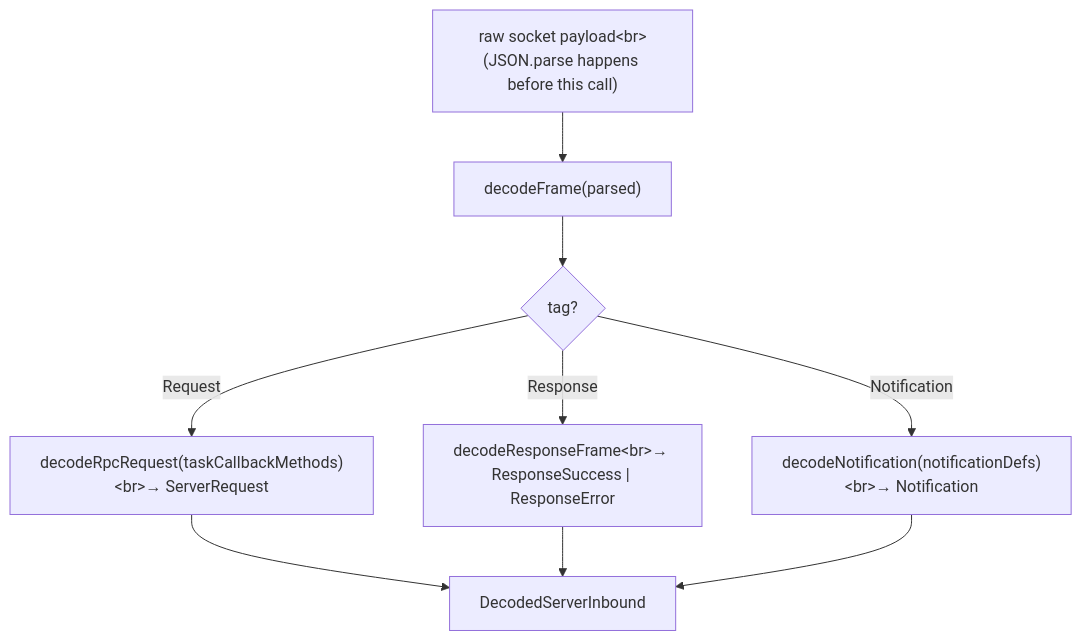
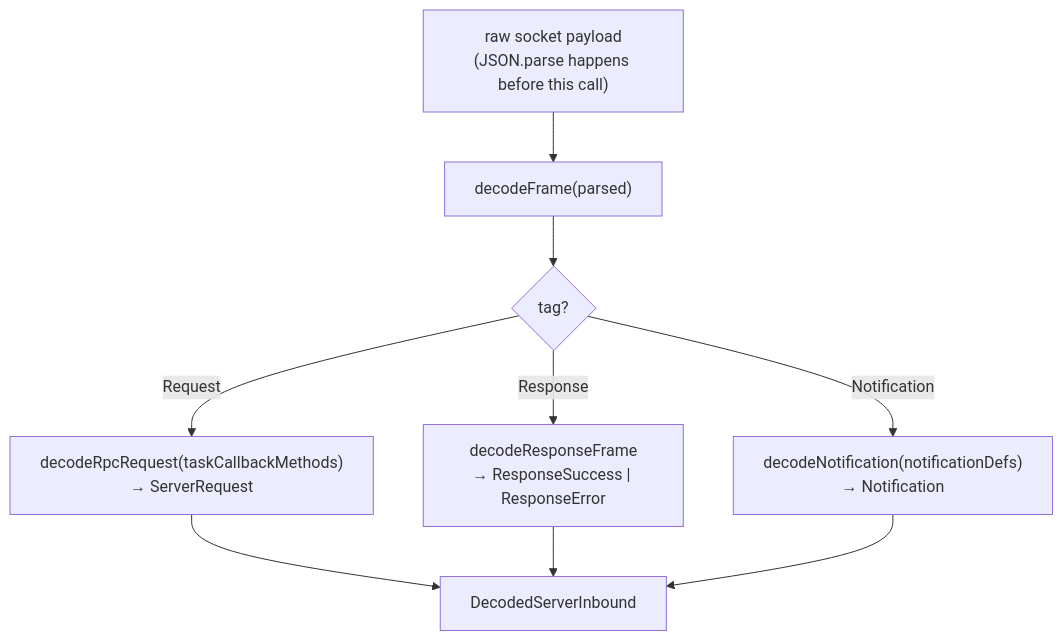
One commit to chughtapan/moltzap changed the second of 2 diagrams in docs/modules/protocol/src.mdx. Above: the diagram before and after it, drawn with Mermaid. The commit also changed other lines of this file and 33 other files, not shown here.

First line of the commit message:
docs(mermaid): use literal <br> in JSDoc sequence/state diagrams; drop dead inferConversationType test

````diff
--- a/docs/modules/protocol/src.mdx
+++ b/docs/modules/protocol/src.mdx
@@ -279,12 +279,12 @@
 ```mermaid
 flowchart TD
-  A["raw socket payload&lt;br>(JSON.parse happens before this call)"]
+  A["raw socket payload<br>(JSON.parse happens before this call)"]
   A --> B["decodeFrame(parsed)"]
   B --> C{tag?}
-  C -->|Request| D["decodeRpcRequest(taskCallbackMethods)&lt;br>→ ServerRequest"]
-  C -->|Response| E["decodeResponseFrame&lt;br>→ ResponseSuccess | ResponseError"]
-  C -->|Notification| F["decodeNotification(notificationDefs)&lt;br>→ Notification"]
+  C -->|Request| D["decodeRpcRequest(taskCallbackMethods)<br>→ ServerRequest"]
+  C -->|Response| E["decodeResponseFrame<br>→ ResponseSuccess | ResponseError"]
+  C -->|Notification| F["decodeNotification(notificationDefs)<br>→ Notification"]
   D --> G[DecodedServerInbound]
   E --> G
   F --> G
 ```
````
